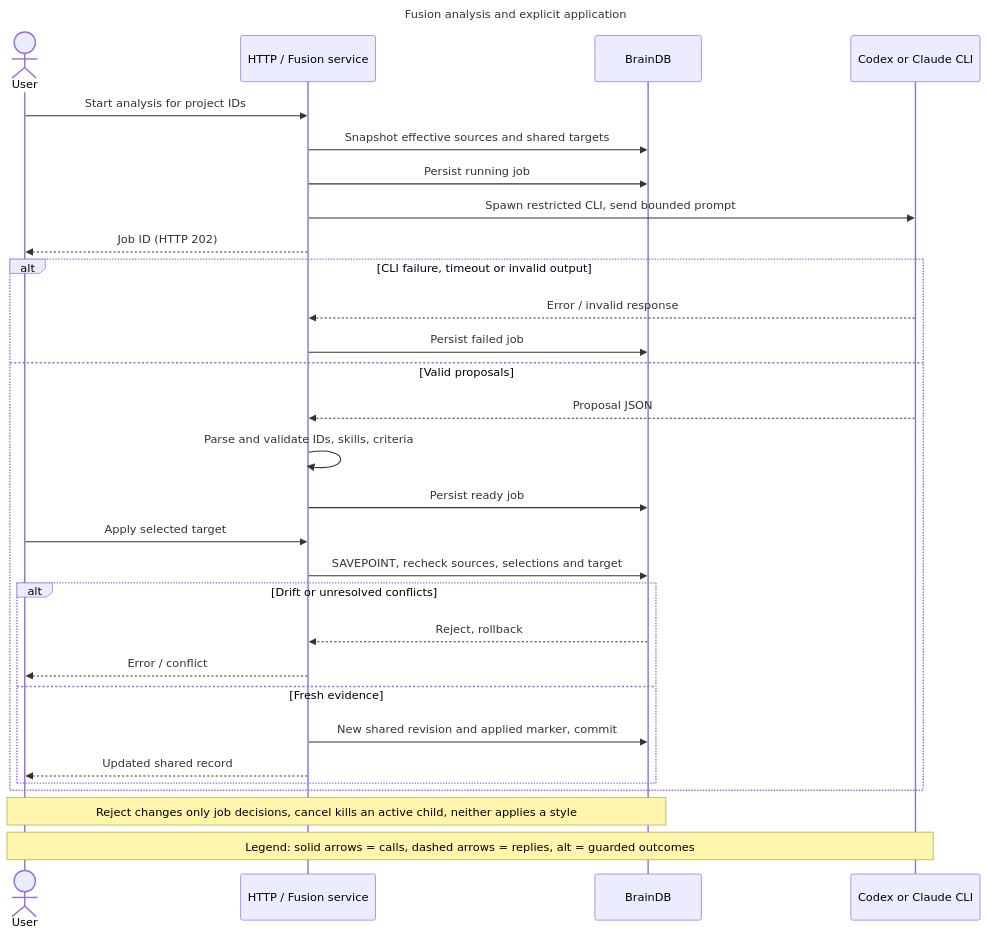
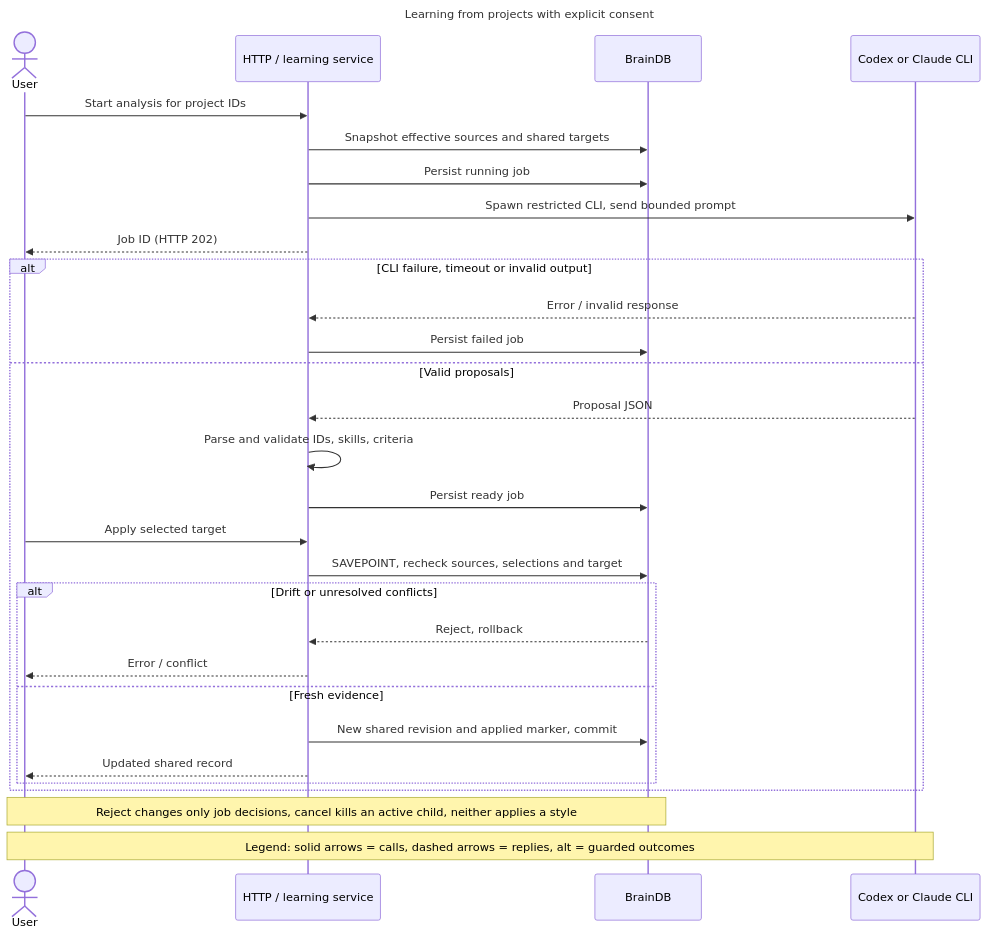
Before and after one commit to nghiacr002/personal-brain-style: the sixth of 12 diagrams in docs/design/lld-personal-brain-core.md, drawn with Mermaid. The commit also changed other lines of this file and 44 other files, not shown here.

Commit message:
update fusion to learning loop feature

````diff
--- a/docs/design/lld-personal-brain-core.md
+++ b/docs/design/lld-personal-brain-core.md
@@ -264,35 +264,35 @@
 ```mermaid
 ---
-title: Fusion analysis and explicit application
+title: Learning from projects with explicit consent
 ---
 %% Scope: current implementation, 2026-11-05, evidence in ../design-verification.md
 sequenceDiagram
 actor U as User
-participant S as HTTP / Fusion service
+participant S as HTTP / learning service
 participant D as BrainDB
 participant C as Codex or Claude CLI
 U->>S: Start analysis for project IDs
 S->>D: Snapshot effective sources and shared targets
 S->>D: Persist running job
 S->>C: Spawn restricted CLI, send bounded prompt
 S-->>U: Job ID (HTTP 202)
 alt CLI failure, timeout or invalid output
  C-->>S: Error / invalid response
  S->>D: Persist failed job
 else Valid proposals
  C-->>S: Proposal JSON
  S->>S: Parse and validate IDs, skills, criteria
  S->>D: Persist ready job
  U->>S: Apply selected target
  S->>D: SAVEPOINT, recheck sources, selections and target
  alt Drift or unresolved conflicts
  D-->>S: Reject, rollback
  S-->>U: Error / conflict
  else Fresh evidence
  S->>D: New shared revision and applied marker, commit
  S-->>U: Updated shared record
  end
 end
 Note over U,D: Reject changes only job decisions, cancel kills an active child, neither applies a style
 Note over U,C: Legend: solid arrows = calls, dashed arrows = replies, alt = guarded outcomes
 ```
````
